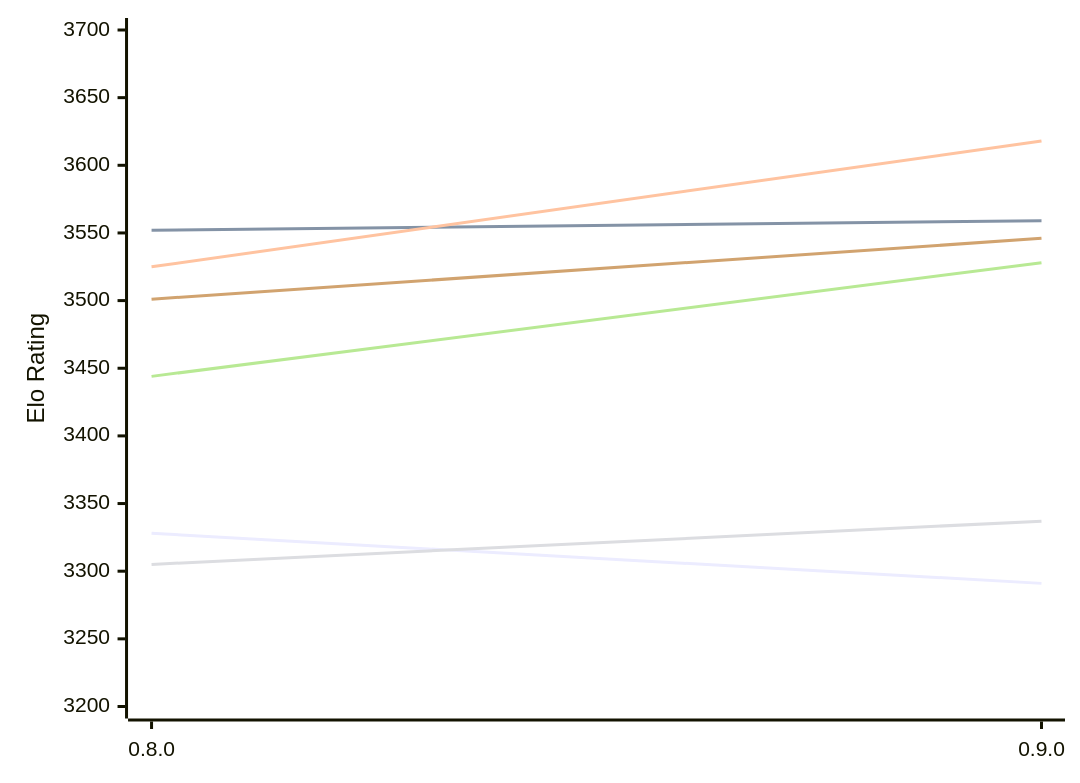
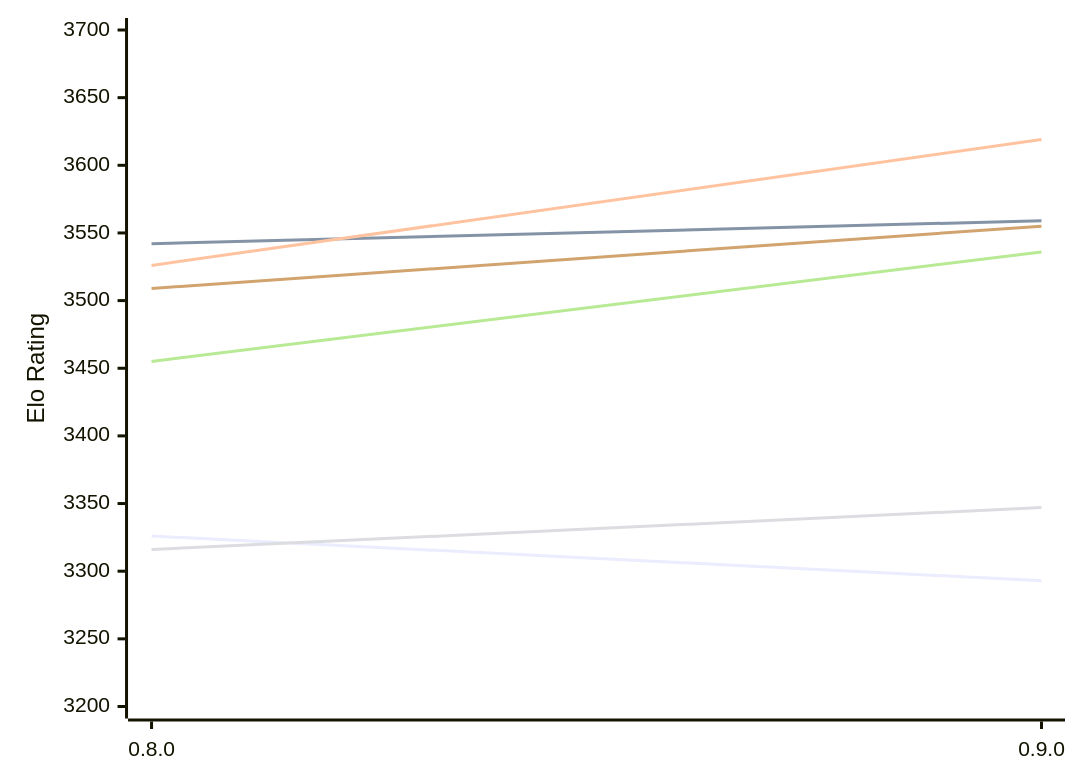
One commit to computer-chess-index/cci changed the first of 2 diagrams in engines/Motor.md. Above: the diagram before and after it, drawn with Mermaid. The commit also changed other lines of this file, not shown here.

Commit message:
Update CCI Ratings (ELO VLTC) - 2026-11-25

````diff
--- a/engines/Motor.md
+++ b/engines/Motor.md
@@ -51,12 +51,12 @@
 ```mermaid
 %%{init: {"theme":"base","themeVariables":{"seriesColors:['#a3a3a3','#222221','#faa371']}}}%%
 xychart-beta
   x-axis ["0.8.0", "0.9.0"]
   y-axis "Elo Rating" 3200 --> 3700
-  line "E1: STC (8.0+0.08s)" [3328, 3291]
-  line "E1: LTC (60.0+0.60s)" [3552, 3559]
-  line "E1: VLTC (2m24s+1.12s)" [3525, 3618]
-  line "P1: STC (8.0+0.08s)" [3305, 3337]
-  line "P1: LTC (60.0+0.60s)" [3444, 3528]
-  line "P1: VLTC (2m24s+1.12s)" [3501, 3546]
+  line "E1: STC (8.0+0.08s)" [3326, 3293]
+  line "E1: LTC (60.0+0.60s)" [3542, 3559]
+  line "E1: VLTC (2m24s+1.12s)" [3526, 3619]
+  line "P1: STC (8.0+0.08s)" [3316, 3347]
+  line "P1: LTC (60.0+0.60s)" [3455, 3536]
+  line "P1: VLTC (2m24s+1.12s)" [3509, 3555]
 ```
````
